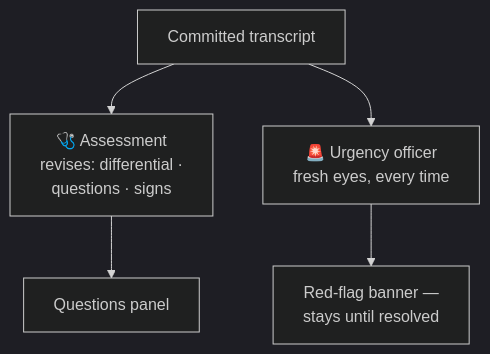
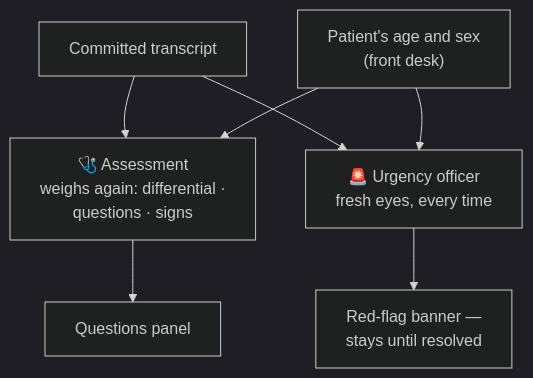
Before and after one commit to IndyWH/OpenConsult: the second of 4 diagrams in help/01-a-consultations-journey.md, drawn with Mermaid (dark theme). The commit also changed other lines of this file and 1 other file, not shown here.

First line of the commit message:
docs: help — 01 and 02 match Task 5 and the 30 Sep assessment prompt (owner-approved verbatim)

````diff
--- a/help/01-a-consultations-journey.md
+++ b/help/01-a-consultations-journey.md
@@ -47,7 +49,9 @@
 ```mermaid
 flowchart TB
-    T["Committed transcript"] --> A["🩺 Assessment\nrevises: differential ·\nquestions · signs"]
+    T["Committed transcript"] --> A["🩺 Assessment\nweighs again: differential ·\nquestions · signs"]
     T --> U["🚨 Urgency officer\nfresh eyes, every time"]
+    D["Patient's age and sex\n(front desk)"] --> A
+    D --> U
     A --> P["Questions panel"]
     U --> R["Red-flag banner —\nstays until resolved"]
 ```
````
